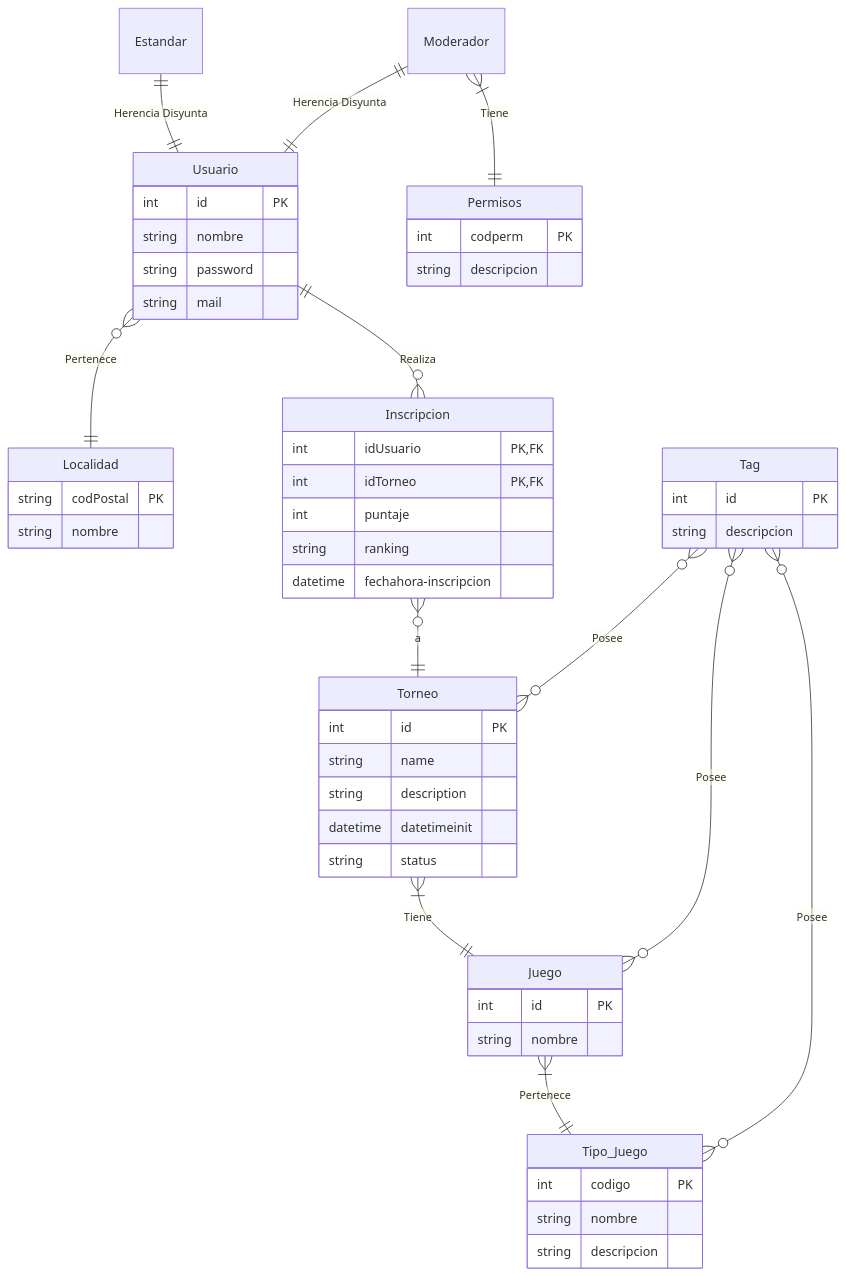
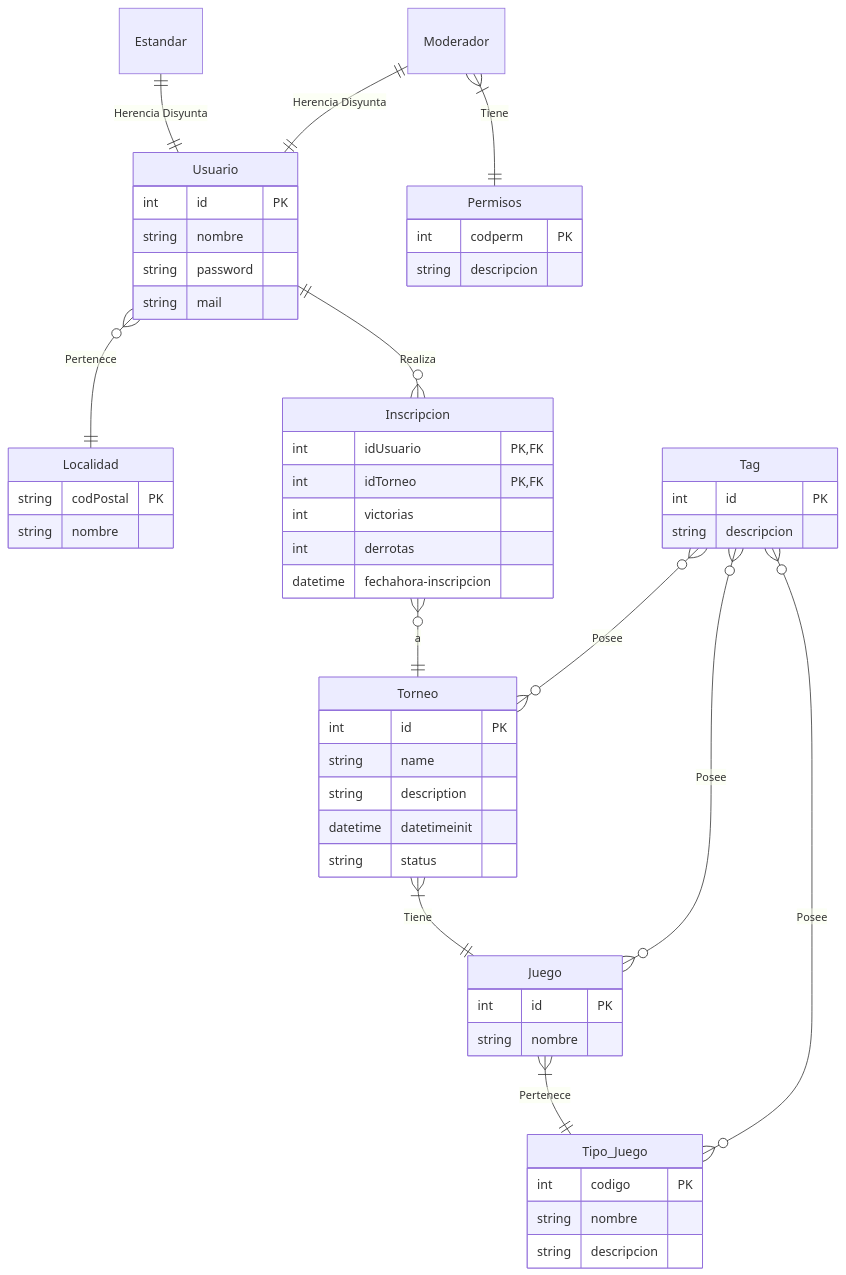
One commit to MarthQ/gestion-torneos-dsw changed the diagram in README.md. Above: the diagram before and after it, drawn with Mermaid. The commit also changed 20 other files, not shown here.

````diff
--- a/README.md
+++ b/README.md
@@ -30,70 +30,70 @@
 ```mermaid
 erDiagram
     Usuario {
         int id PK
         string nombre
         string password
         string mail
     }
 
     Localidad {
         string codPostal PK
         string nombre
     }
 
     Juego {
         int id PK
         string nombre
     }
 
     Tipo_Juego {
         int codigo PK
         string nombre
         string descripcion
 
     }
 
     Torneo {
         int id PK
         string name
         string description
         datetime datetimeinit
         string status
     }
 
     Tag {
         int id PK
         string descripcion
     }
 
 
     Inscripcion {
         int idUsuario PK,FK
         int idTorneo PK,FK
-        int puntaje
-        string ranking
+        int victorias
+        int derrotas
         datetime fechahora-inscripcion
     }
 
     Estandar {
     }
 
     Moderador {}
 
     Permisos {
         int codperm PK
         string descripcion
     }
 
     Usuario }o--|| Localidad: Pertenece
     Usuario ||--o{ Inscripcion: Realiza
     Inscripcion }o--|| Torneo: a
     Torneo }|--|| Juego: Tiene
     Juego }|--|| Tipo_Juego: Pertenece
     Tag }o--o{ Tipo_Juego: Posee
     Tag }o--o{ Juego: Posee
     Tag }o--o{ Torneo: Posee
     Moderador }|--|| Permisos: Tiene
     Estandar ||--|| Usuario: "Herencia Disyunta"
     Moderador ||--|| Usuario: "Herencia Disyunta"
 ```
````
